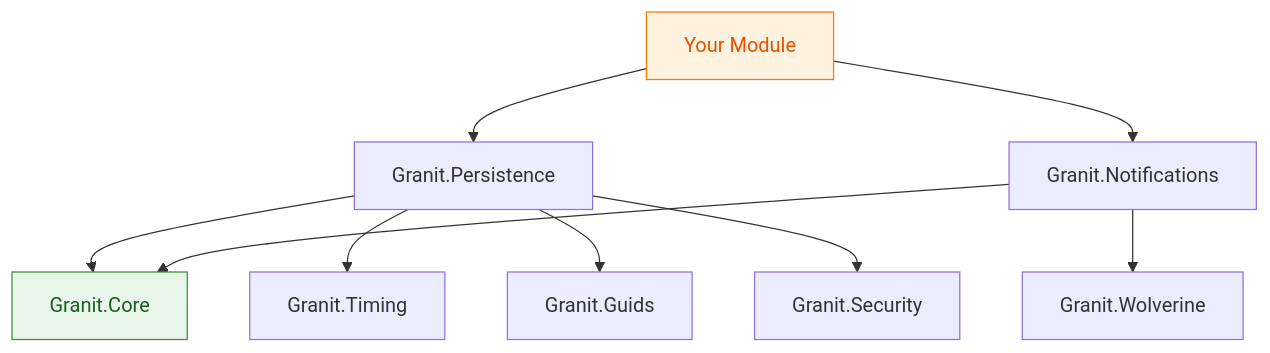
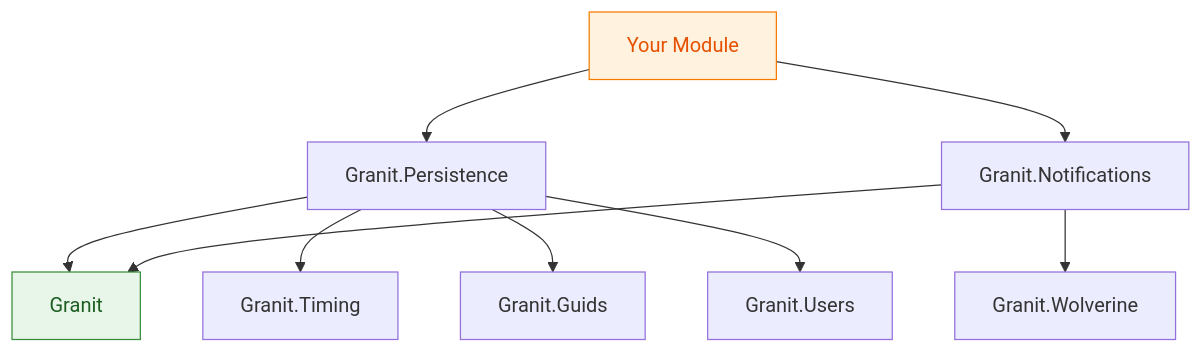
Before and after one commit to granit-fx/granit-dotnet: the diagram in docs-site/src/content/docs/blog/introducing-granit.mdx, drawn with Mermaid. The commit also changed other lines of this file and 153 other files, not shown here.

````diff
--- a/docs-site/src/content/docs/blog/introducing-granit.mdx
+++ b/docs-site/src/content/docs/blog/introducing-granit.mdx
@@ -195,14 +195,14 @@
 ```mermaid
 graph TD
     A[Your Module] --> P[Granit.Persistence]
     A --> N[Granit.Notifications]
-    P --> C[Granit.Core]
+    P --> C[Granit]
     P --> T[Granit.Timing]
     P --> G[Granit.Guids]
-    P --> S[Granit.Security]
+    P --> S[Granit.Users]
     N --> C
     N --> W[Granit.Wolverine]
 
     style A fill:#fff3e0,stroke:#f57c00,color:#e65100
     style C fill:#e8f5e9,stroke:#388e3c,color:#1b5e20
 ```
````
